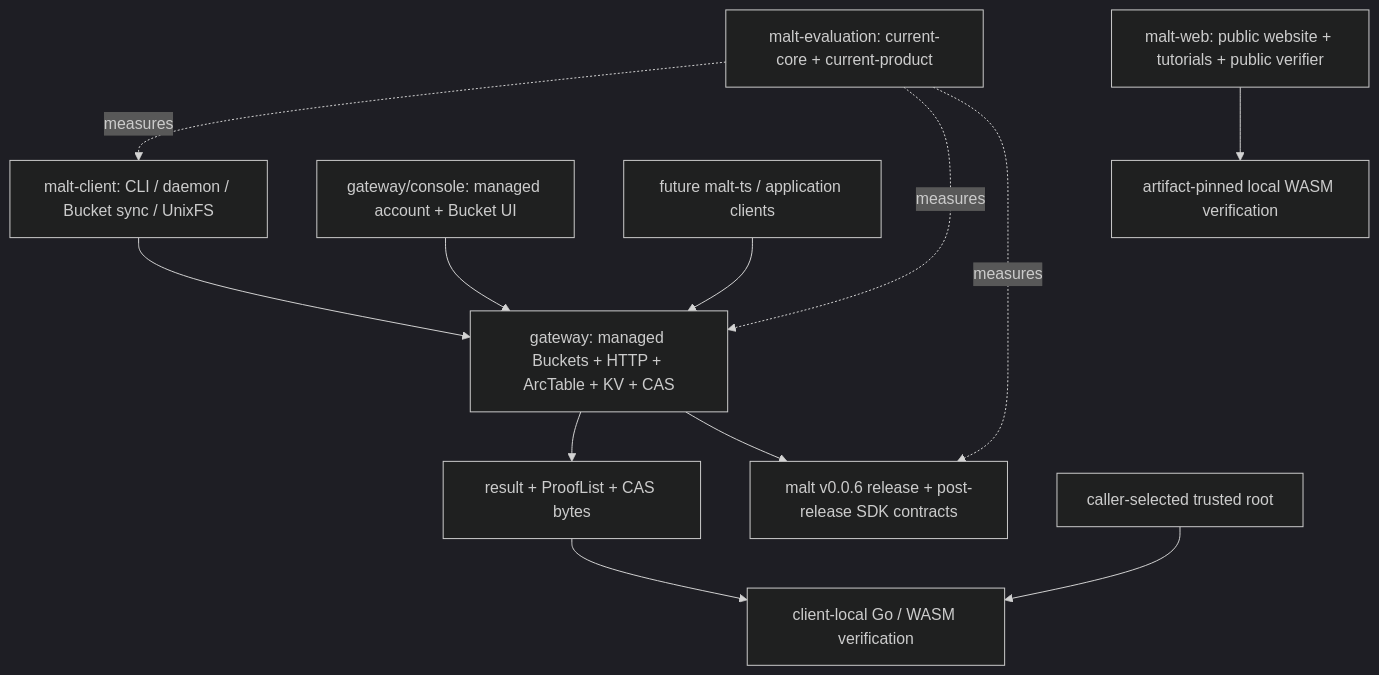
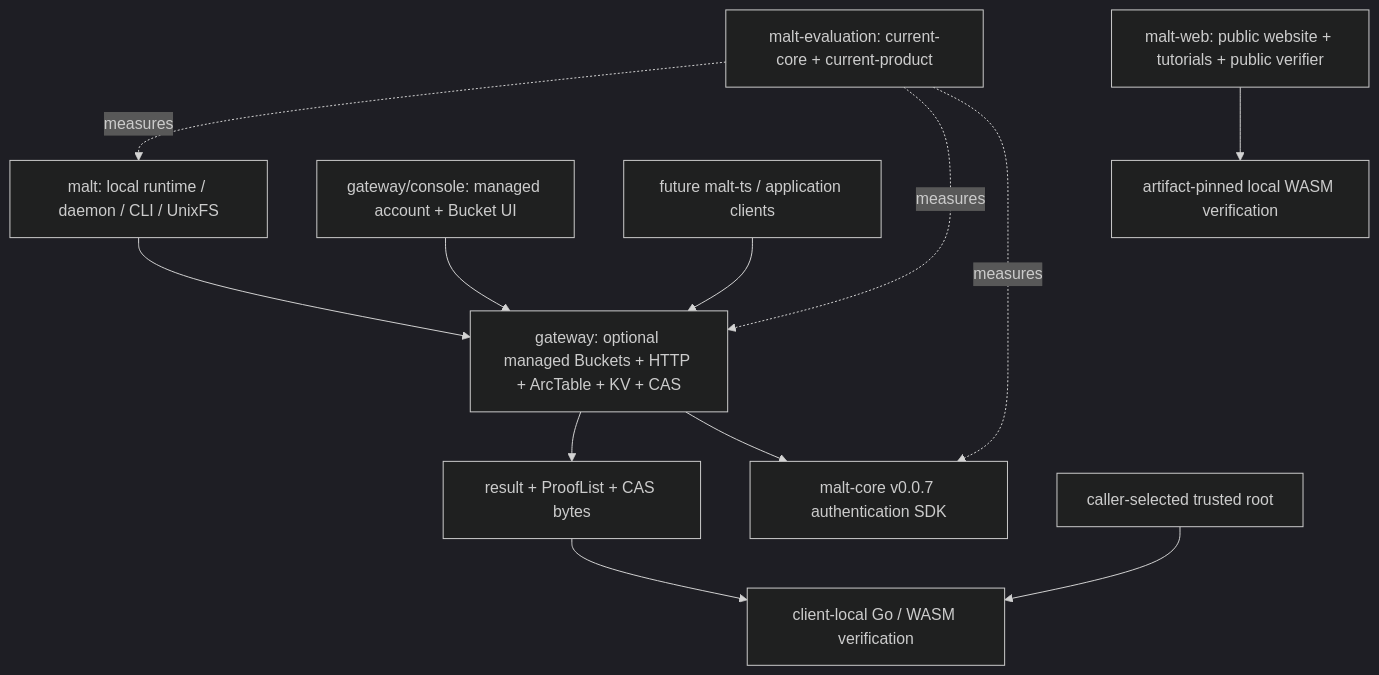
The diagram in profile/README.md (DeWebProtocol/.github), drawn with Mermaid (dark theme) before and after one commit. The commit also changed other lines of this file and 2 other files, not shown here.

Commit message:
docs: publish MALT repository boundaries

````diff
--- a/profile/README.md
+++ b/profile/README.md
@@ -40,14 +38,14 @@
 ```mermaid
 flowchart TB
-  native["malt-client: CLI / daemon / Bucket sync / UnixFS"] --> gateway["gateway: managed Buckets + HTTP + ArcTable + KV + CAS"]
+  native["malt: local runtime / daemon / CLI / UnixFS"] --> gateway["gateway: optional managed Buckets + HTTP + ArcTable + KV + CAS"]
   console["gateway/console: managed account + Bucket UI"] --> gateway
   future["future malt-ts / application clients"] --> gateway
-  gateway --> core["malt v0.0.6 release + post-release SDK contracts"]
+  gateway --> core["malt-core v0.0.7 authentication SDK"]
   gateway --> result["result + ProofList + CAS bytes"]
   result --> local["client-local Go / WASM verification"]
   trusted["caller-selected trusted root"] --> local
   web["malt-web: public website + tutorials + public verifier"] --> publicverify["artifact-pinned local WASM verification"]
   evaluation["malt-evaluation: current-core + current-product"] -. measures .-> core
   evaluation -. measures .-> gateway
   evaluation -. measures .-> native
 ```
````
